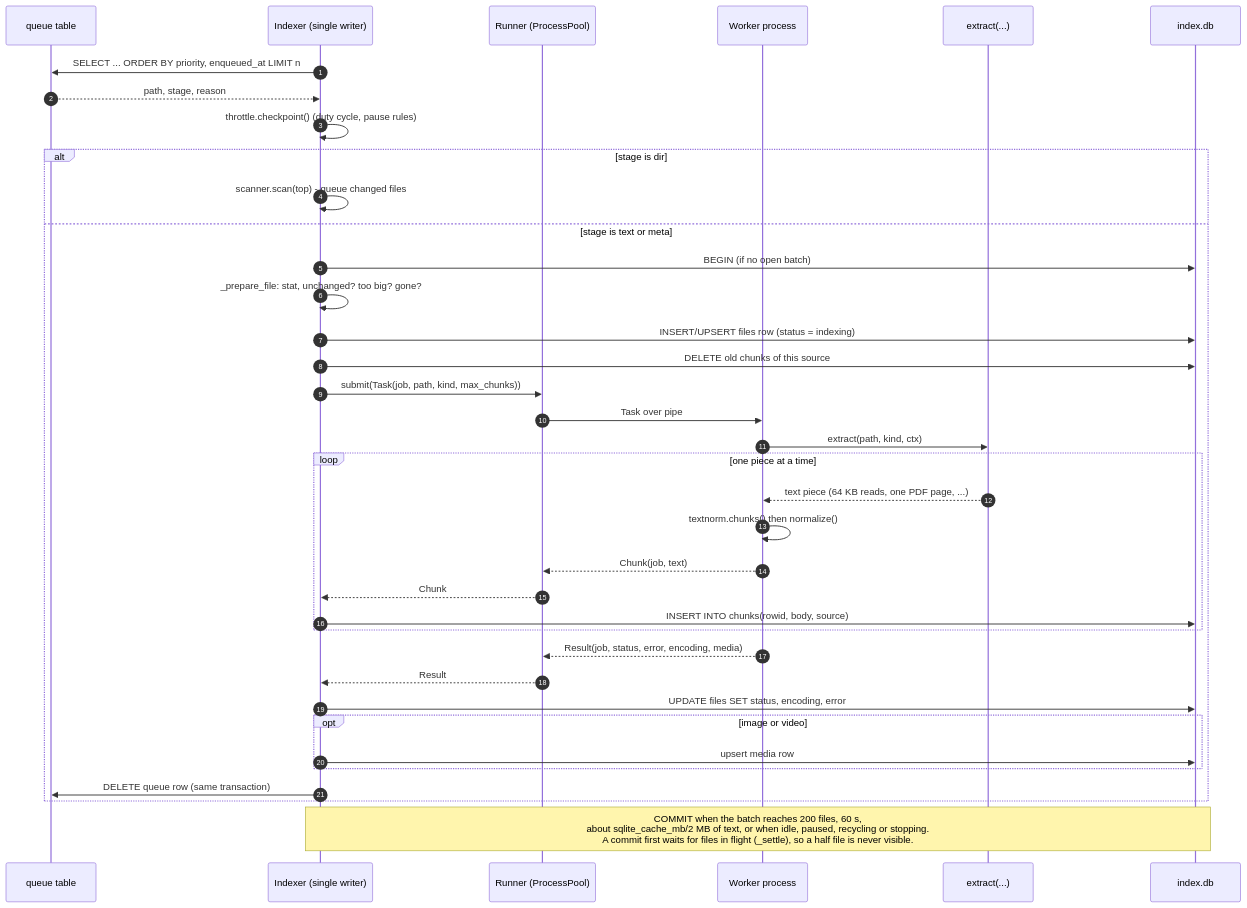
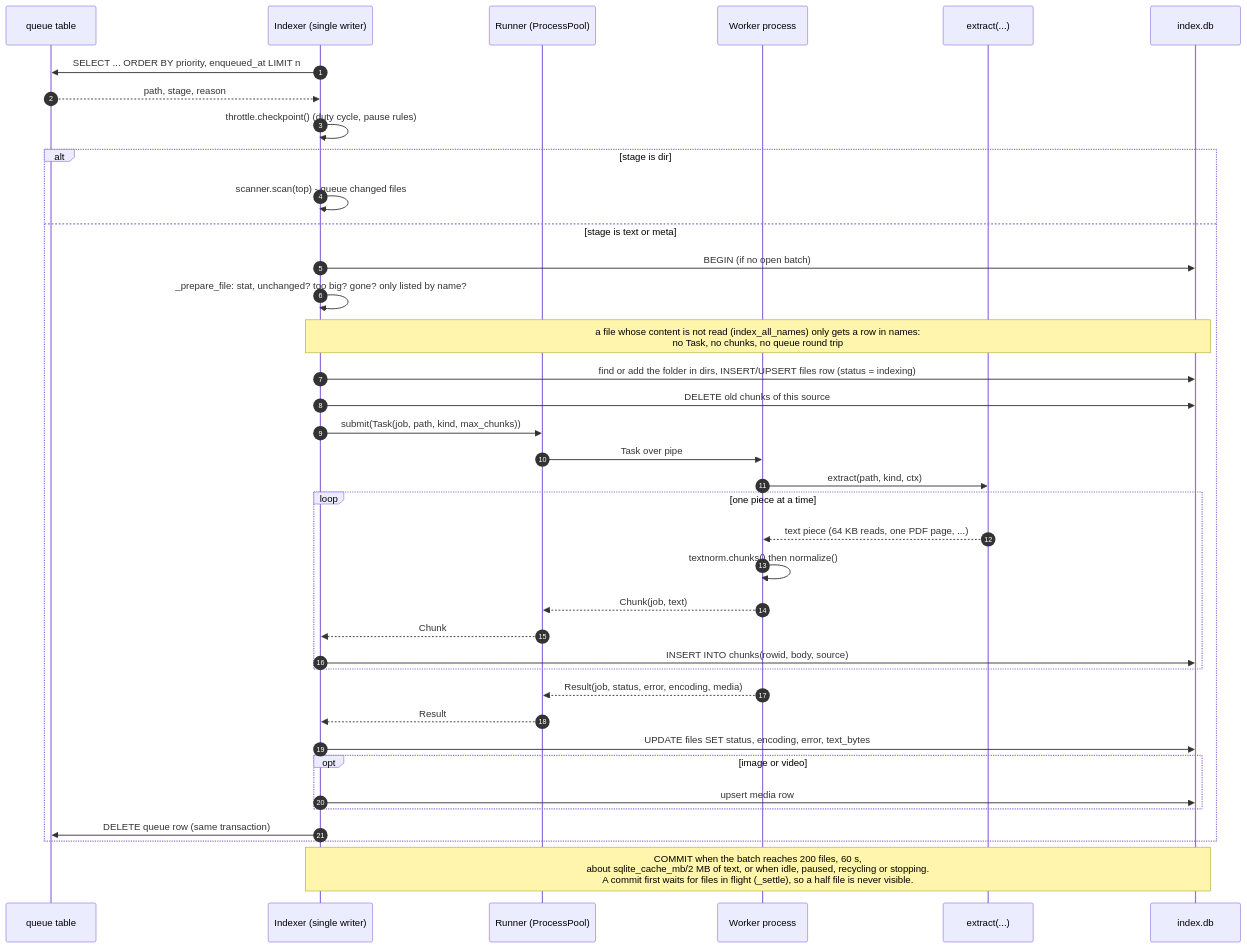
One commit to igrowing/sindex changed the fifth of 16 diagrams in architecture.md. Above: the diagram before and after it, drawn with Mermaid. The commit also changed other lines of this file, not shown here.

````diff
--- a/architecture.md
+++ b/architecture.md
@@ -471,40 +495,41 @@
 ```mermaid
 sequenceDiagram
     autonumber
     participant Q as queue table
     participant I as Indexer (single writer)
     participant R as Runner (ProcessPool)
     participant W as Worker process
     participant X as extract(...)
     participant D as index.db
 
     I->>Q: SELECT ... ORDER BY priority, enqueued_at LIMIT n
     Q-->>I: path, stage, reason
     I->>I: throttle.checkpoint() (duty cycle, pause rules)
     alt stage is dir
         I->>I: scanner.scan(top) - queue changed files
     else stage is text or meta
         I->>D: BEGIN (if no open batch)
-        I->>I: _prepare_file: stat, unchanged? too big? gone?
-        I->>D: INSERT/UPSERT files row (status = indexing)
+        I->>I: _prepare_file: stat, unchanged? too big? gone? only listed by name?
+        Note over I,D: a file whose content is not read (index_all_names) only gets a row in names:<br/>no Task, no chunks, no queue round trip
+        I->>D: find or add the folder in dirs, INSERT/UPSERT files row (status = indexing)
         I->>D: DELETE old chunks of this source
         I->>R: submit(Task(job, path, kind, max_chunks))
         R->>W: Task over pipe
         W->>X: extract(path, kind, ctx)
         loop one piece at a time
             X-->>W: text piece (64 KB reads, one PDF page, ...)
             W->>W: textnorm.chunks() then normalize()
             W-->>R: Chunk(job, text)
             R-->>I: Chunk
             I->>D: INSERT INTO chunks(rowid, body, source)
         end
         W-->>R: Result(job, status, error, encoding, media)
         R-->>I: Result
-        I->>D: UPDATE files SET status, encoding, error
+        I->>D: UPDATE files SET status, encoding, error, text_bytes
         opt image or video
             I->>D: upsert media row
         end
         I->>Q: DELETE queue row (same transaction)
     end
     Note over I,D: COMMIT when the batch reaches 200 files, 60 s,<br/>about sqlite_cache_mb/2 MB of text, or when idle, paused, recycling or stopping.<br/>A commit first waits for files in flight (_settle), so a half file is never visible.
 ```
````
